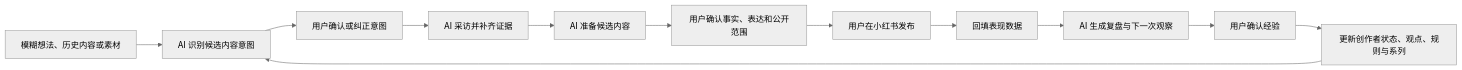
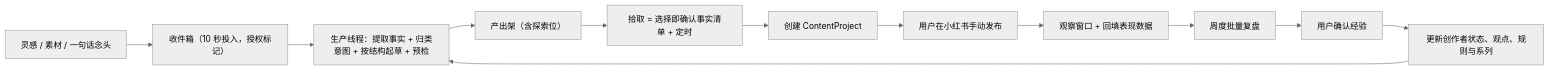
The diagram in README.md (wu908/topicai), drawn with Mermaid (neutral theme) before and after one commit. The commit also changed other lines of this file and 3 other files, not shown here.

````diff
--- a/README.md
+++ b/README.md
@@ -33,14 +30,14 @@
 ```mermaid
 flowchart LR
-    A["模糊想法、历史内容或素材"] --> B["AI 识别候选内容意图"]
-    B --> C["用户确认或纠正意图"]
-    C --> D["AI 采访并补齐证据"]
-    D --> E["AI 准备候选内容"]
-    E --> F["用户确认事实、表达和公开范围"]
-    F --> G["用户在小红书发布"]
-    G --> H["回填表现数据"]
-    H --> I["AI 生成复盘与下一次观察"]
+    A["灵感 / 素材 / 一句话念头"] --> B["收件箱（10 秒投入，授权标记）"]
+    B --> C["生产线程：提取事实 + 归类意图 + 按结构起草 + 预检"]
+    C --> D["产出架（含探索位）"]
+    D --> E["拾取 = 选择即确认事实清单 + 定时"]
+    E --> F["创建 ContentProject"]
+    F --> G["用户在小红书手动发布"]
+    G --> H["观察窗口 + 回填表现数据"]
+    H --> I["周度批量复盘"]
     I --> J["用户确认经验"]
     J --> K["更新创作者状态、观点、规则与系列"]
-    K --> B
+    K --> C
 ```
````
